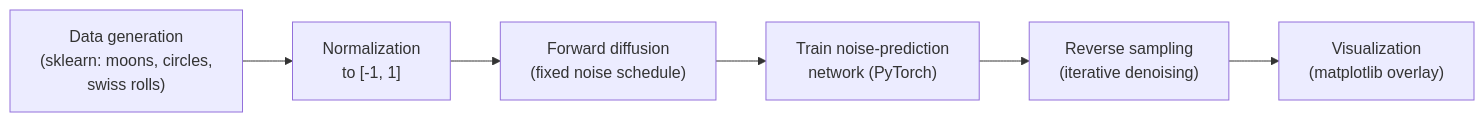
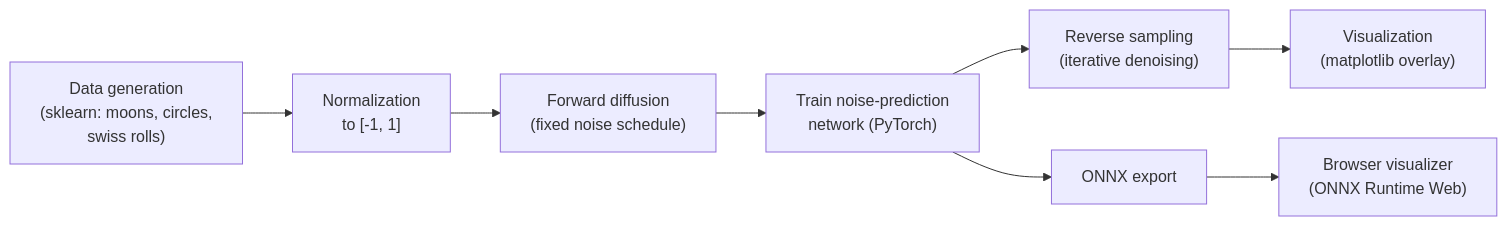
One commit to humaspasta/Little_Diffusion_Model changed the diagram in README.md. Above: the diagram before and after it, drawn with Mermaid. The commit also changed other lines of this file and 18 other files, not shown here.

````diff
--- a/README.md
+++ b/README.md
@@ -10,8 +10,10 @@
 ```mermaid
 flowchart LR
     A["Data generation<br/>(sklearn: moons, circles,<br/>swiss rolls)"] --> B["Normalization<br/>to [-1, 1]"]
     B --> C["Forward diffusion<br/>(fixed noise schedule)"]
     C --> D["Train noise-prediction<br/>network (PyTorch)"]
     D --> E["Reverse sampling<br/>(iterative denoising)"]
     E --> F["Visualization<br/>(matplotlib overlay)"]
+    D --> G["ONNX export"]
+    G --> H["Browser visualizer<br/>(ONNX Runtime Web)"]
 ```
````
